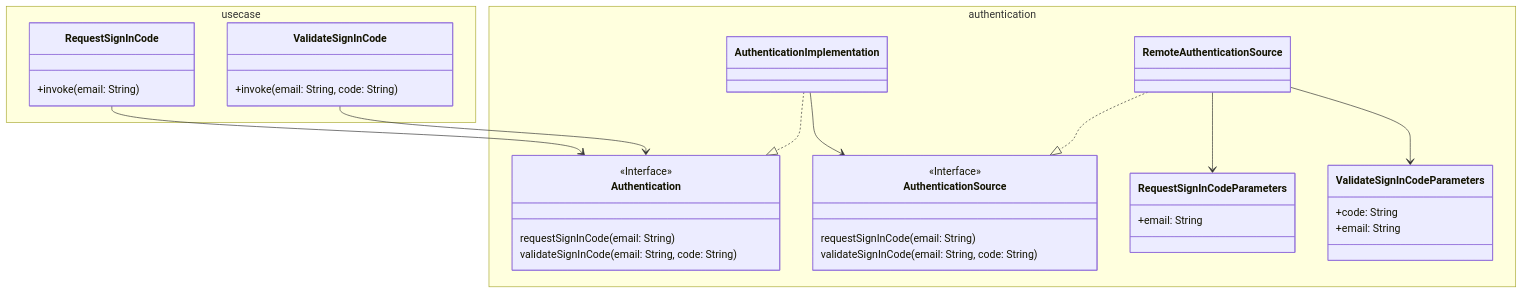
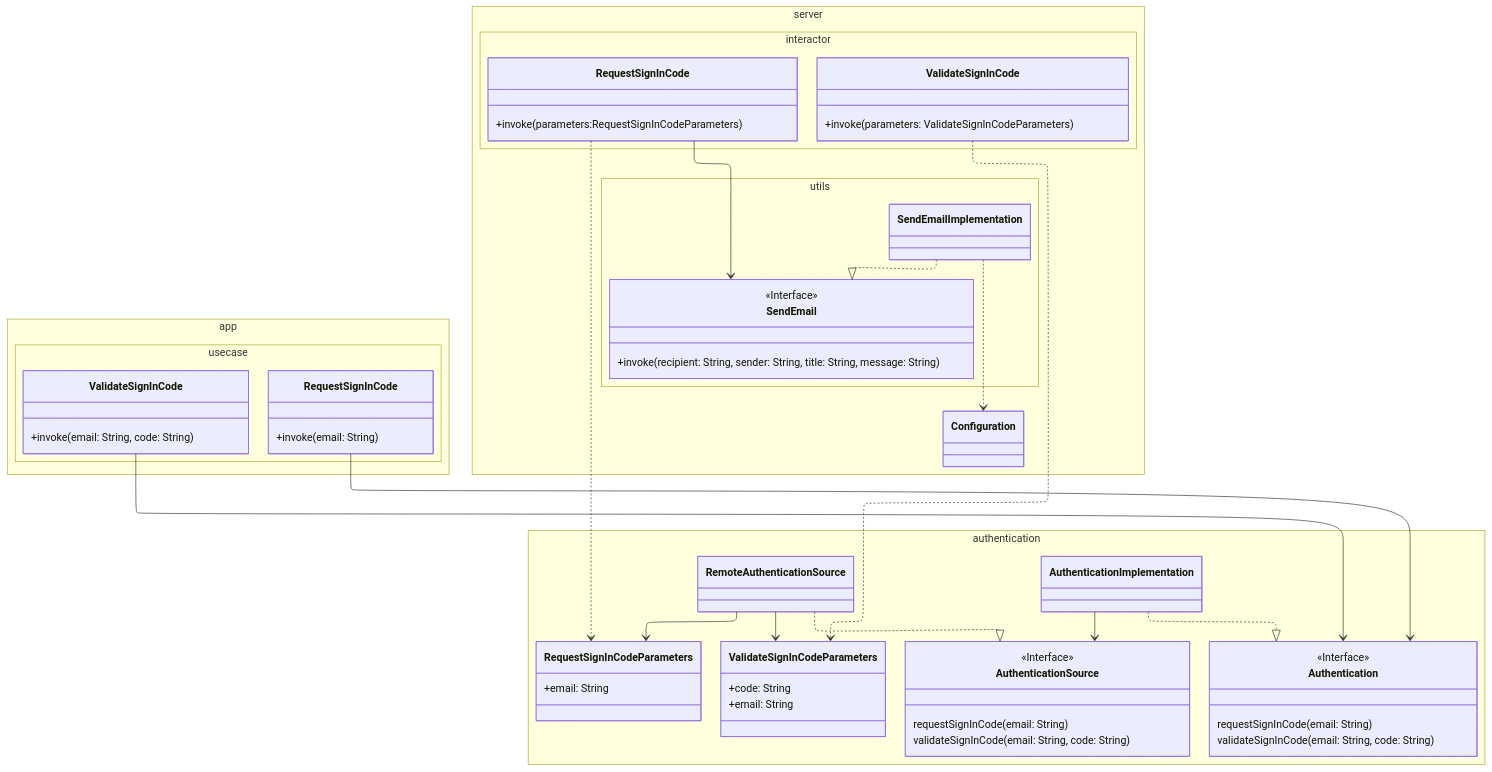
Before and after one commit to tangodachi/yava: the diagram in composeApp/documentation.md, drawn with Mermaid. The commit also changed 5 other files, not shown here.

Commit message:
update architecture documentation

````diff
--- a/composeApp/documentation.md
+++ b/composeApp/documentation.md
@@ -1,7 +1,11 @@
 ```mermaid
+---
+config:
+  layout: elk
+---
 classDiagram
 direction TB
-	namespace usecase {
+	namespace `app.usecase` {
         class RequestSignInCode {
 	        +invoke(email: String)
         }
@@ -38,9 +42,34 @@
         }
 
 	}
+	namespace `server.interactor` {
+        class RequestSignInCode_3["RequestSignInCode"] {
+	        +invoke(parameters:RequestSignInCodeParameters)
+        }
+
+        class ValidateSignInCode_3["ValidateSignInCode"] {
+	        +invoke(parameters: ValidateSignInCodeParameters)
+        }
+
+	}
+	namespace server {
+        class Configuration {
+        }
+
+	}
+	namespace `server.utils` {
+        class SendEmailImplementation {
+        }
+
+        class SendEmail {
+	        +invoke(recipient: String, sender: String, title: String, message: String)
+        }
+
+	}
 
 	<<Interface>> Authentication
 	<<Interface>> AuthenticationSource
+	<<Interface>> SendEmail
 
     RequestSignInCode --> Authentication
     ValidateSignInCode --> Authentication
@@ -49,4 +78,9 @@
     RemoteAuthenticationSource ..|> AuthenticationSource
     RemoteAuthenticationSource --> RequestSignInCodeParameters
     RemoteAuthenticationSource --> ValidateSignInCodeParameters
+    RequestSignInCode_3 ..> RequestSignInCodeParameters
+    ValidateSignInCode_3 ..> ValidateSignInCodeParameters
+    RequestSignInCode_3 --> SendEmail
+    SendEmailImplementation ..|> SendEmail
+    SendEmailImplementation ..> Configuration
 ```
````
